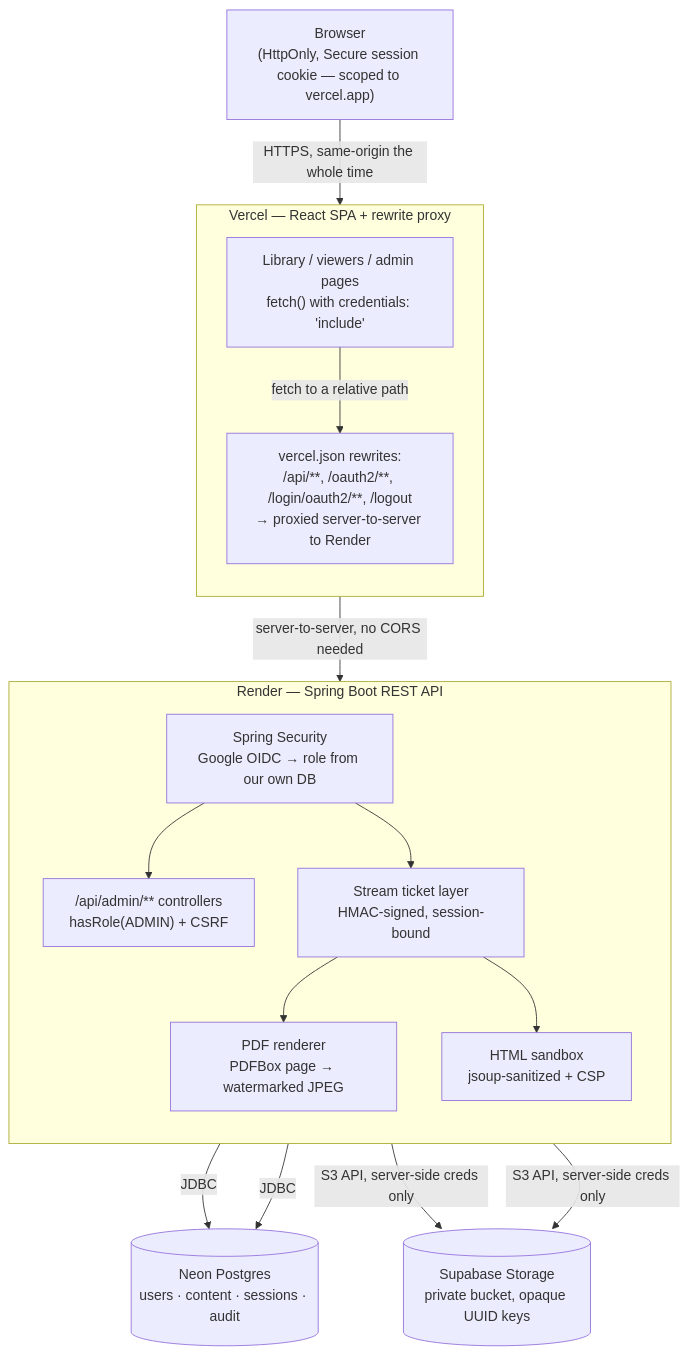
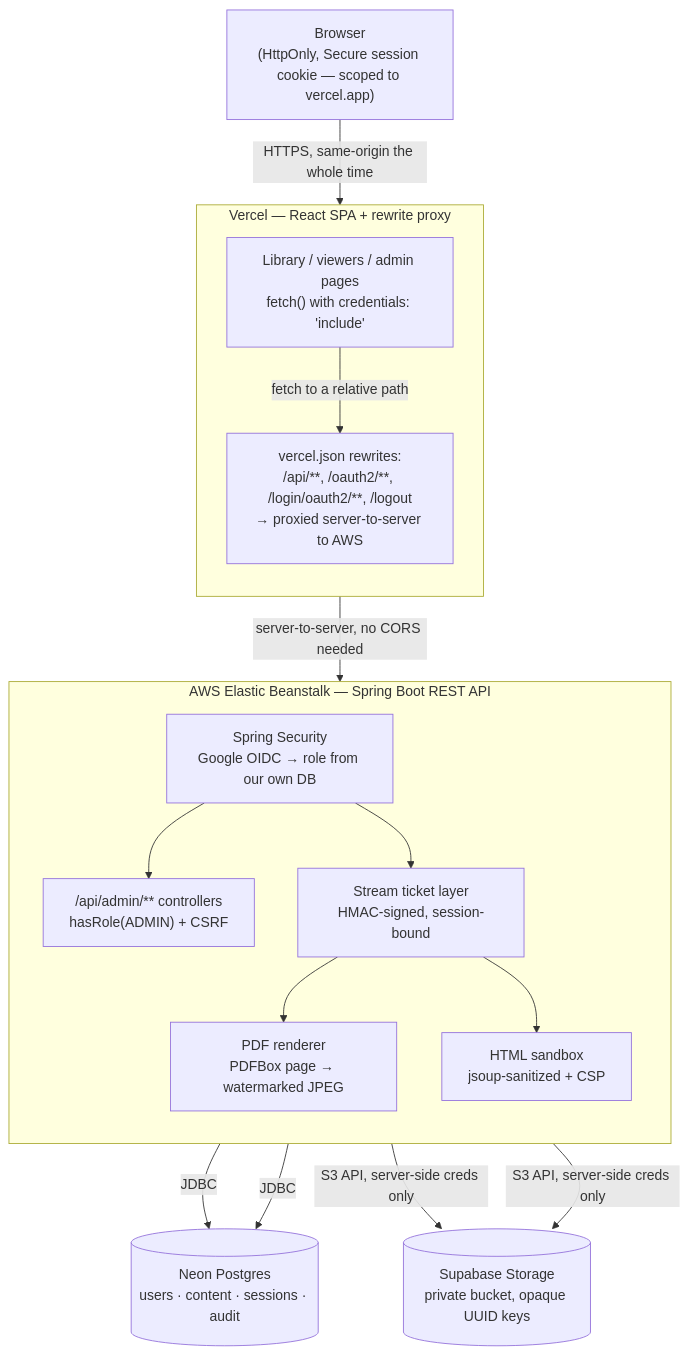
One commit to Abishek062006/secure-content-portal changed the diagram in README.md. Above: the diagram before and after it, drawn with Mermaid. The commit also changed other lines of this file and 3 other files, not shown here.

````diff
--- a/README.md
+++ b/README.md
@@ -69,34 +66,34 @@
 ```mermaid
 flowchart TB
     Browser["Browser<br/>(HttpOnly, Secure session cookie — scoped to vercel.app)"]
 
     subgraph Vercel["Vercel — React SPA + rewrite proxy"]
         direction TB
         Spa["Library / viewers / admin pages<br/>fetch() with credentials: 'include'"]
-        Proxy["vercel.json rewrites:<br/>/api/**, /oauth2/**, /login/oauth2/**, /logout<br/>→ proxied server-to-server to Render"]
+        Proxy["vercel.json rewrites:<br/>/api/**, /oauth2/**, /login/oauth2/**, /logout<br/>→ proxied server-to-server to AWS"]
     end
 
-    subgraph Render["Render — Spring Boot REST API"]
+    subgraph AWS["AWS Elastic Beanstalk — Spring Boot REST API"]
         direction TB
         Sec["Spring Security<br/>Google OIDC → role from our own DB"]
         Api["/api/admin/** controllers<br/>hasRole(ADMIN) + CSRF"]
         Stream["Stream ticket layer<br/>HMAC-signed, session-bound"]
         Pdf["PDF renderer<br/>PDFBox page → watermarked JPEG"]
         Html["HTML sandbox<br/>jsoup-sanitized + CSP"]
     end
 
     Neon[("Neon Postgres<br/>users · content · sessions · audit")]
     Supabase[("Supabase Storage<br/>private bucket, opaque UUID keys")]
 
     Browser -->|HTTPS, same-origin the whole time| Spa
     Spa -->|fetch to a relative path| Proxy
     Proxy -->|server-to-server, no CORS needed| Sec
     Sec --> Api
     Sec --> Stream
     Stream --> Pdf
     Stream --> Html
     Api -->|JDBC| Neon
     Stream -->|JDBC| Neon
     Api -->|S3 API, server-side creds only| Supabase
     Stream -->|S3 API, server-side creds only| Supabase
 ```
````
